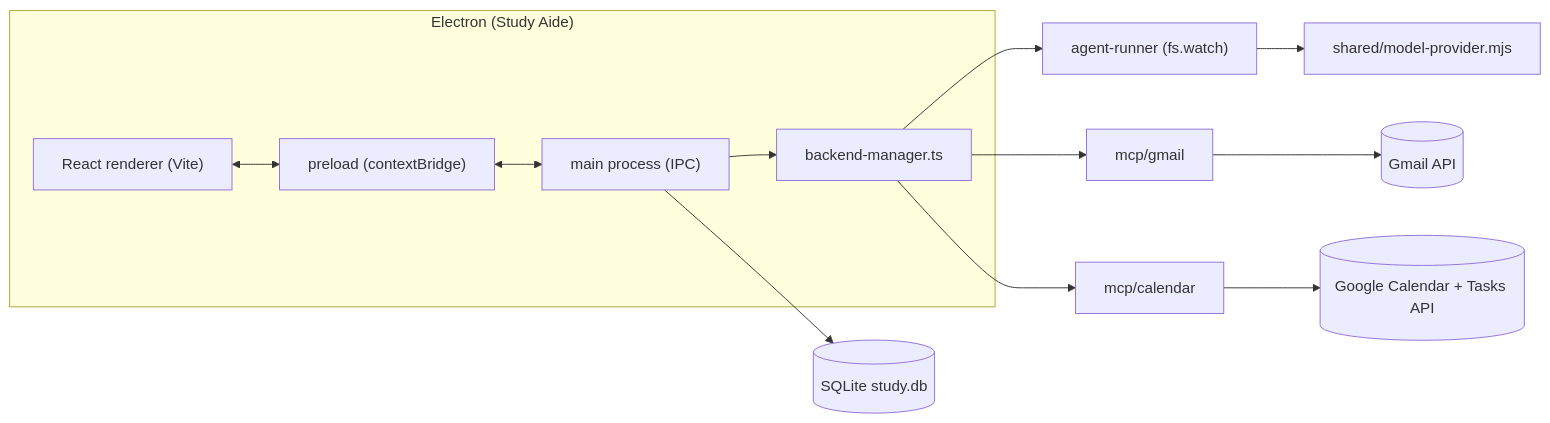
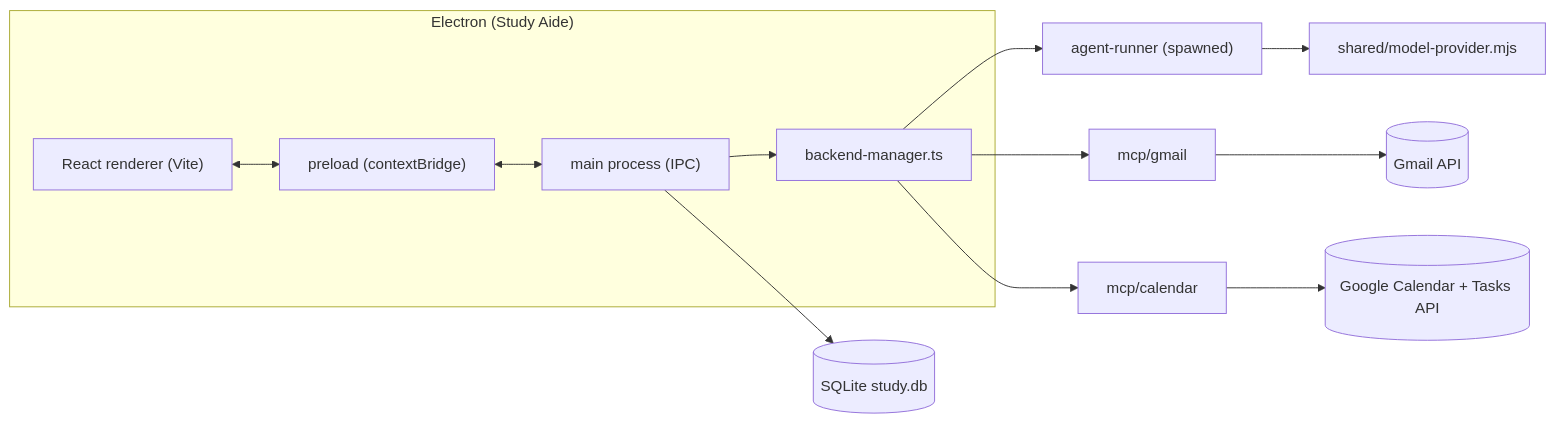
The second of 4 diagrams in docs/study_aide_implementation_plan.md (afrogenesurvive/study_aide_agent), drawn with Mermaid before and after one commit. The commit also changed other lines of this file and 15 other files, not shown here.

First line of the commit message:
feat: phase 3 (part 2) — agent runner child process + spawn manager (v0.0.2)

````diff
--- a/docs/study_aide_implementation_plan.md
+++ b/docs/study_aide_implementation_plan.md
@@ -157,15 +185,15 @@
 ```mermaid
 flowchart LR
     subgraph APP["Electron (Study Aide)"]
         RND["React renderer (Vite)"] <--> PRE["preload (contextBridge)"]
         PRE <--> MAIN["main process (IPC)"]
         MAIN --> BM["backend-manager.ts"]
     end
-    BM --> RUN["agent-runner (fs.watch)"]
+    BM --> RUN["agent-runner (spawned)"]
     BM --> MCPG["mcp/gmail"]
     BM --> MCPC["mcp/calendar"]
     MAIN --> DB[("SQLite study.db")]
     RUN --> MP["shared/model-provider.mjs"]
     MCPG --> G[("Gmail API")]
     MCPC --> CAL[("Google Calendar + Tasks API")]
 ```
````
